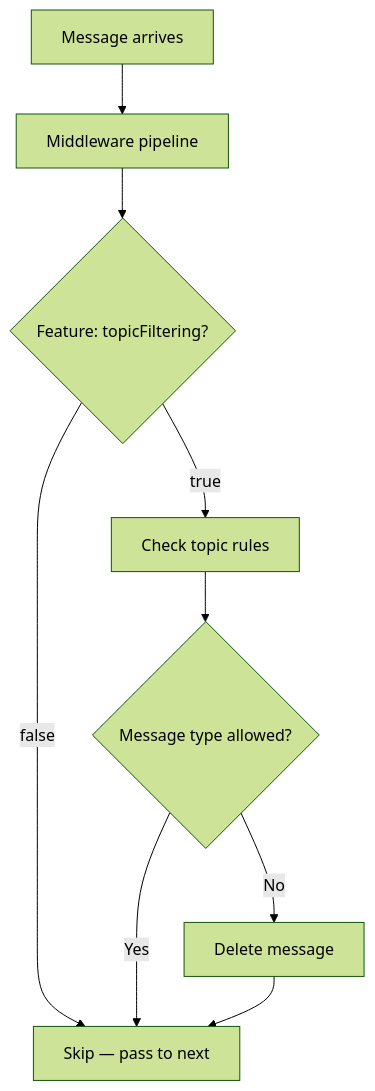
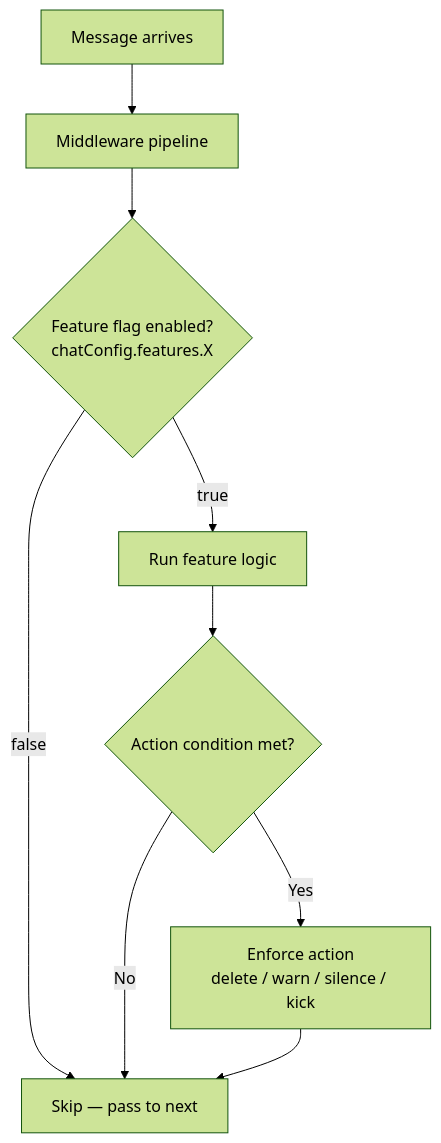
The ninth of 10 diagrams in docs/architecture.md (Yuki44/YukiBot-Telegram-Admin), drawn with Mermaid (forest theme) before and after one commit. The commit also changed other lines of this file and 8 other files, not shown here.

````diff
--- a/docs/architecture.md
+++ b/docs/architecture.md
@@ -208,11 +341,11 @@
 ```mermaid
 flowchart TD
   A[Message arrives] --> B[Middleware pipeline]
-  B --> C{Feature: topicFiltering?}
+  B --> C{Feature flag enabled?<br/>chatConfig.features.X}
   C -->|false| D[Skip — pass to next]
-  C -->|true| E[Check topic rules]
-  E --> F{Message type allowed?}
-  F -->|Yes| D
-  F -->|No| G[Delete message]
+  C -->|true| E[Run feature logic]
+  E --> F{Action condition met?}
+  F -->|No| D
+  F -->|Yes| G[Enforce action<br/>delete / warn / silence / kick]
   G --> D
 ```
````
